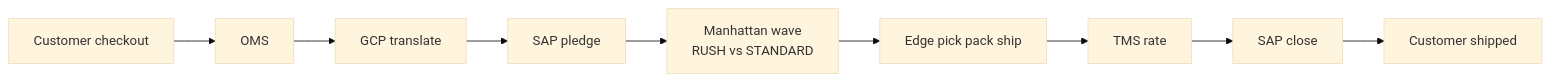
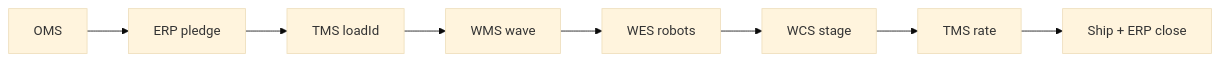
Before and after one commit to bharat2476/Integration: the diagram in README.md, drawn with Mermaid (base theme). The commit also changed other lines of this file and 8 other files, not shown here.

````diff
--- a/README.md
+++ b/README.md
@@ -82,11 +38,10 @@
 ```mermaid
 flowchart LR
-  C[Customer checkout] --> OMS[OMS]
-  OMS --> GCP[GCP translate]
-  GCP --> SAP[SAP pledge]
-  SAP --> MHT[Manhattan wave\nRUSH vs STANDARD]
-  MHT --> EDGE[Edge pick pack ship]
-  EDGE --> TMS[TMS rate]
-  TMS --> SAP2[SAP close]
-  SAP2 --> C2[Customer shipped]
+  OMS[OMS] --> ERP[ERP pledge]
+  ERP --> TMS1[TMS loadId]
+  TMS1 --> WMS[WMS wave]
+  WMS --> WES[WES robots]
+  WES --> WCS[WCS stage]
+  WCS --> TMS2[TMS rate]
+  TMS2 --> SHIP[Ship + ERP close]
 ```
````
